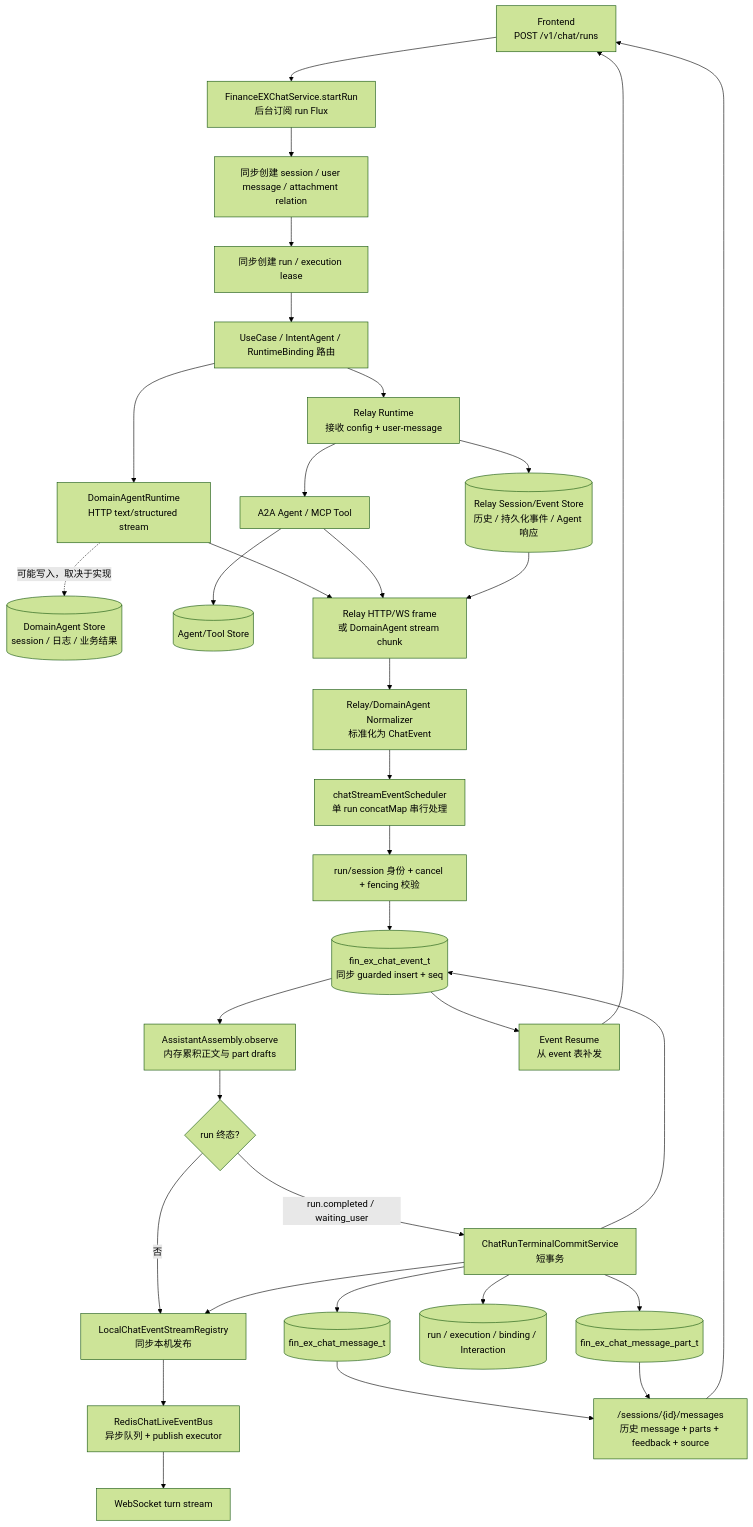
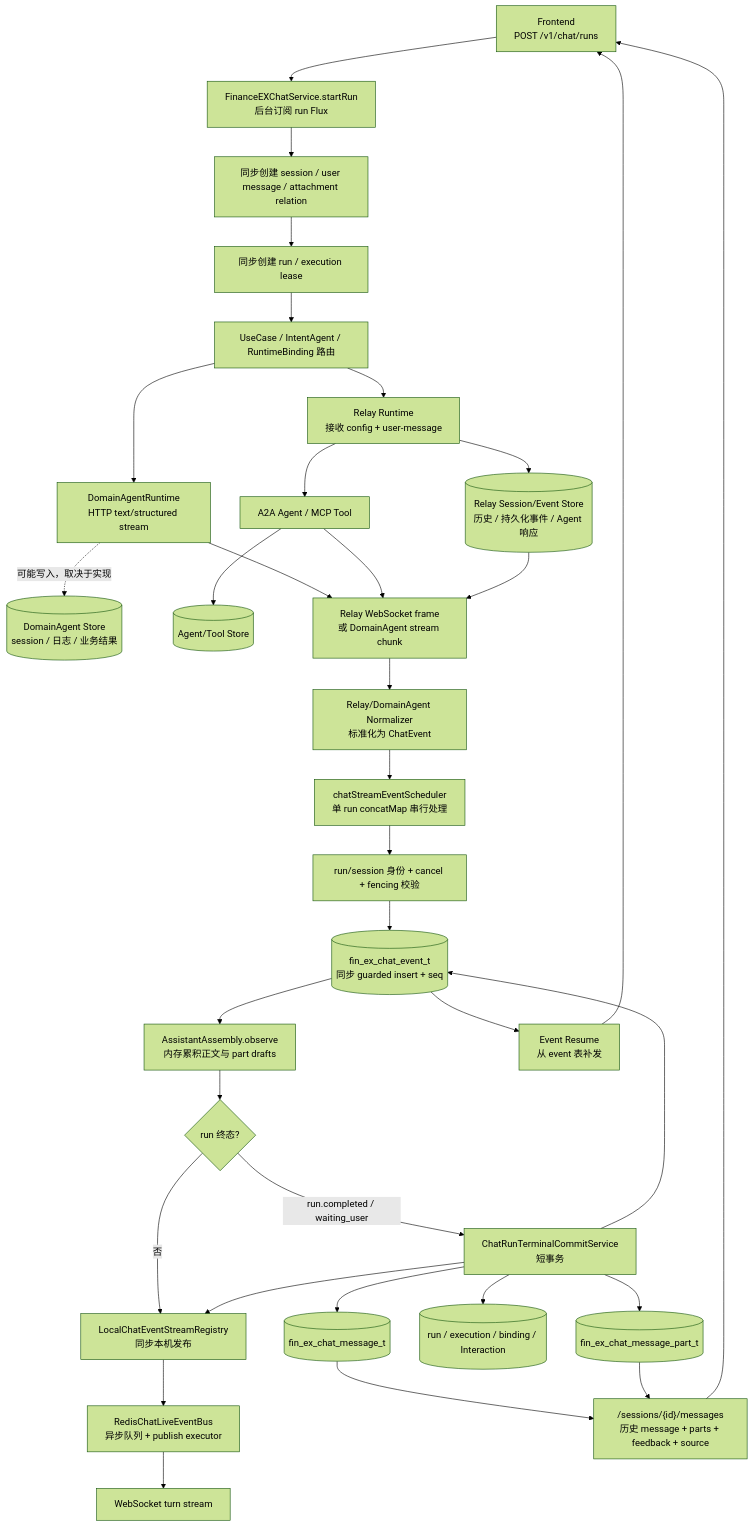
The third of 6 diagrams in docs/agent-data-retention-design.md (kunben-duck/exweb), drawn with Mermaid (forest theme) before and after one commit. The commit also changed other lines of this file and 28 other files, not shown here.

Commit message:
refactor: make relay websocket-only and add domain referer

````diff
--- a/docs/agent-data-retention-design.md
+++ b/docs/agent-data-retention-design.md
@@ -156,64 +156,64 @@
 ```mermaid
 flowchart TD
     UI["Frontend<br/>POST /v1/chat/runs"]
     START["FinanceEXChatService.startRun<br/>后台订阅 run Flux"]
     USERDB["同步创建 session / user message / attachment relation"]
     RUNDB["同步创建 run / execution lease"]
     ROUTE["UseCase / IntentAgent / RuntimeBinding 路由"]
     DOMAININ["DomainAgentRuntime<br/>HTTP text/structured stream"]
     DOMAINDB[("DomainAgent Store<br/>session / 日志 / 业务结果")]
     RELAYIN["Relay Runtime<br/>接收 config + user-message"]
     RELAYDB[("Relay Session/Event Store<br/>历史 / 持久化事件 / Agent 响应")]
     SUB["A2A Agent / MCP Tool"]
     SUBDB[("Agent/Tool Store")]
-    FRAME["Relay HTTP/WS frame<br/>或 DomainAgent stream chunk"]
+    FRAME["Relay WebSocket frame<br/>或 DomainAgent stream chunk"]
     NORM["Relay/DomainAgent Normalizer<br/>标准化为 ChatEvent"]
     IO["chatStreamEventScheduler<br/>单 run concatMap 串行处理"]
     GUARD["run/session 身份 + cancel + fencing 校验"]
     EVENTDB[("fin_ex_chat_event_t<br/>同步 guarded insert + seq")]
     ASSEMBLY["AssistantAssembly.observe<br/>内存累积正文与 part drafts"]
     TERMINAL{"run 终态?"}
     TX["ChatRunTerminalCommitService<br/>短事务"]
     MSGDB[("fin_ex_chat_message_t")]
     PARTDB[("fin_ex_chat_message_part_t")]
     STATE[("run / execution / binding / Interaction")]
     LOCAL["LocalChatEventStreamRegistry<br/>同步本机发布"]
     REDISQ["RedisChatLiveEventBus<br/>异步队列 + publish executor"]
     WS["WebSocket turn stream"]
     RESUME["Event Resume<br/>从 event 表补发"]
     HISTORY["/sessions/{id}/messages<br/>历史 message + parts + feedback + source"]
 
     UI --> START
     START --> USERDB
     USERDB --> RUNDB
     RUNDB --> ROUTE
     ROUTE --> RELAYIN
     ROUTE --> DOMAININ
     DOMAININ -.->|"可能写入，取决于实现"| DOMAINDB
     DOMAININ --> FRAME
     RELAYIN --> RELAYDB
     RELAYIN --> SUB
     SUB --> SUBDB
     SUB --> FRAME
     RELAYDB --> FRAME
     FRAME --> NORM
     NORM --> IO
     IO --> GUARD
     GUARD --> EVENTDB
     EVENTDB --> ASSEMBLY
     ASSEMBLY --> TERMINAL
     TERMINAL -->|"否"| LOCAL
     TERMINAL -->|"run.completed / waiting_user"| TX
     TX --> EVENTDB
     TX --> MSGDB
     TX --> PARTDB
     TX --> STATE
     TX --> LOCAL
     LOCAL --> REDISQ
     REDISQ --> WS
     EVENTDB --> RESUME
     RESUME --> UI
     MSGDB --> HISTORY
     PARTDB --> HISTORY
     HISTORY --> UI
 ```
````
